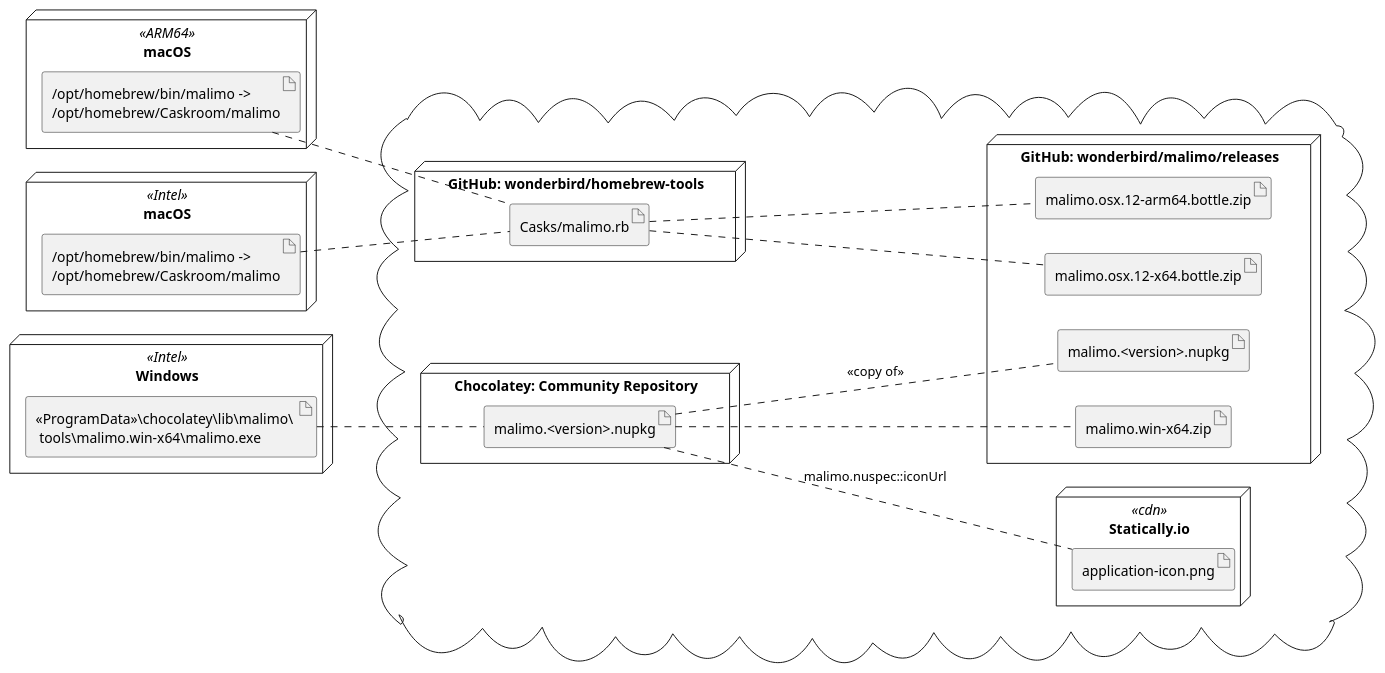
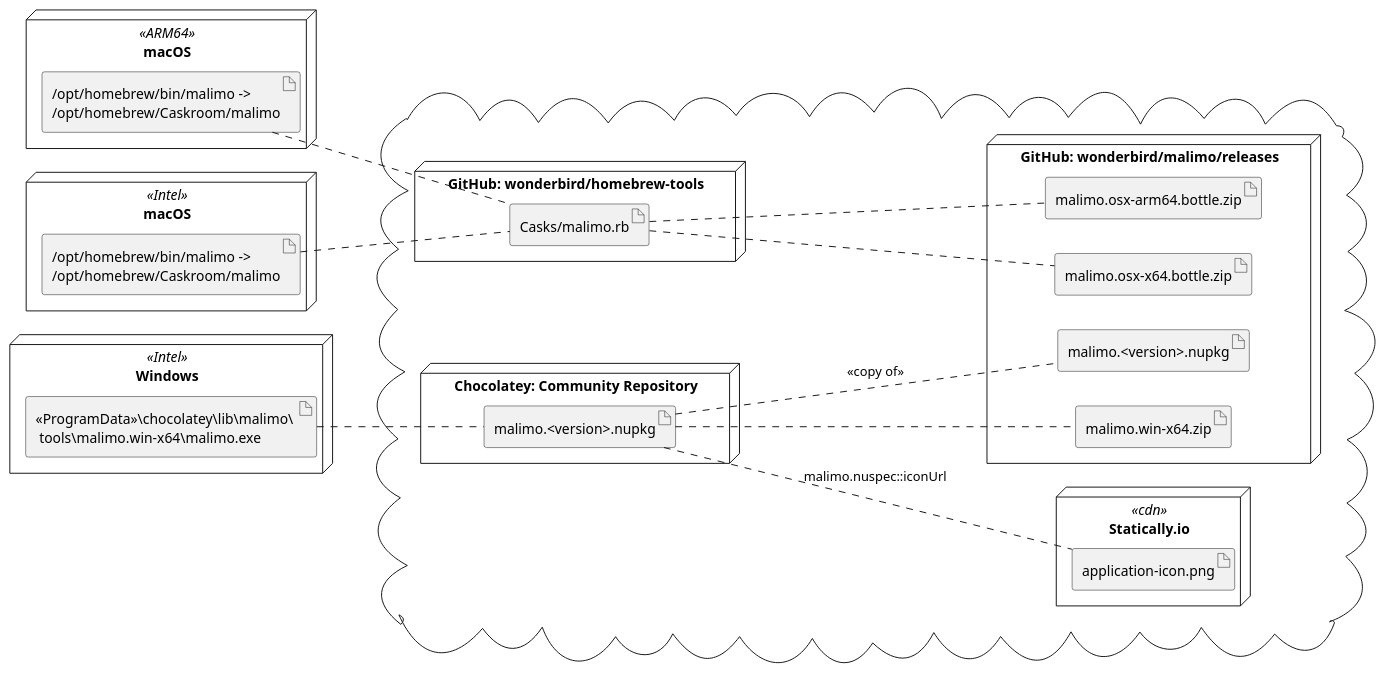
Before and after one commit to wonderbird/malimo: the diagram in docs/plantuml/deployment-view.puml, drawn with PlantUML. The commit also changed 1 other file, not shown here.

Commit message:
ci: upgrade osx runtime identifier

```diff
--- a/docs/plantuml/deployment-view.puml
+++ b/docs/plantuml/deployment-view.puml
@@ -1,52 +1,52 @@
 @startuml
 left to right direction
 
 set namespaceSeparator none
 
 together {
     node "macOS" <<ARM64>> as armMac {
         artifact "/opt/homebrew/bin/malimo ->\n/opt/homebrew/Caskroom/malimo" as armMalimo
     }
     
     node "macOS" <<Intel>> as intelMac {
         artifact "/opt/homebrew/bin/malimo ->\n/opt/homebrew/Caskroom/malimo" as intelMalimo
     }
     
     node "Windows" <<Intel>> {
         artifact "<<ProgramData>>\\chocolatey\\lib\\malimo\\ \n tools\\malimo.win-x64\\malimo.exe" as winMalimo
     }
 }
 
 cloud {
   node "GitHub: wonderbird/malimo/releases" {
-    artifact "malimo.osx.12-arm64.bottle.zip" as armBottle
-    artifact "malimo.osx.12-x64.bottle.zip" as intelBottle
+    artifact "malimo.osx-arm64.bottle.zip" as armBottle
+    artifact "malimo.osx-x64.bottle.zip" as intelBottle
     artifact "malimo.win-x64.zip" as winRelease
     artifact "malimo.<version>.nupkg" as chocoCopy
   }
   
   node "GitHub: wonderbird/homebrew-tools" {
     artifact "Casks/malimo.rb" as cask
   }
   
   node "Chocolatey: Community Repository" {
     artifact "malimo.<version>.nupkg" as chocoPackage
   }
   
   node "Statically.io" <<cdn>> {
     artifact "application-icon.png" as appIcon
   }
 }
 
 cask .. armBottle
 cask .. intelBottle
 
 armMalimo .. cask
 intelMalimo .. cask
 
 winMalimo .. chocoPackage
 chocoPackage .. chocoCopy : << copy of >>
 chocoPackage .. winRelease
 
 chocoPackage .. appIcon : malimo.nuspec::iconUrl
 @enduml
```
